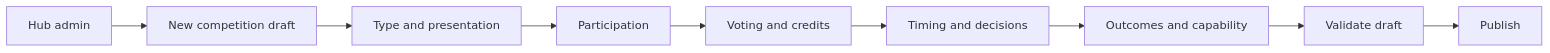
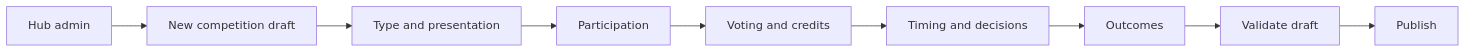
One commit to 6529-Collections/6529seize-frontend changed the third of 3 diagrams in ops/roadmap/waves-multi-competition/phase-0/ux-information-architecture.md. Above: the diagram before and after it, drawn with Mermaid. The commit also changed other lines of this file and 18 other files, not shown here.

Commit message:
docs: reconcile competition roadmap and define default selection

````diff
--- a/ops/roadmap/waves-multi-competition/phase-0/ux-information-architecture.md
+++ b/ops/roadmap/waves-multi-competition/phase-0/ux-information-architecture.md
@@ -59,11 +75,11 @@
 ```mermaid
 flowchart LR
     A["Hub admin"] --> B["New competition draft"]
     B --> C["Type and presentation"]
     C --> D["Participation"]
     D --> E["Voting and credits"]
     E --> F["Timing and decisions"]
-    F --> G["Outcomes and capability"]
+    F --> G["Outcomes"]
     G --> H["Validate draft"]
     H --> I["Publish"]
 ```
````
